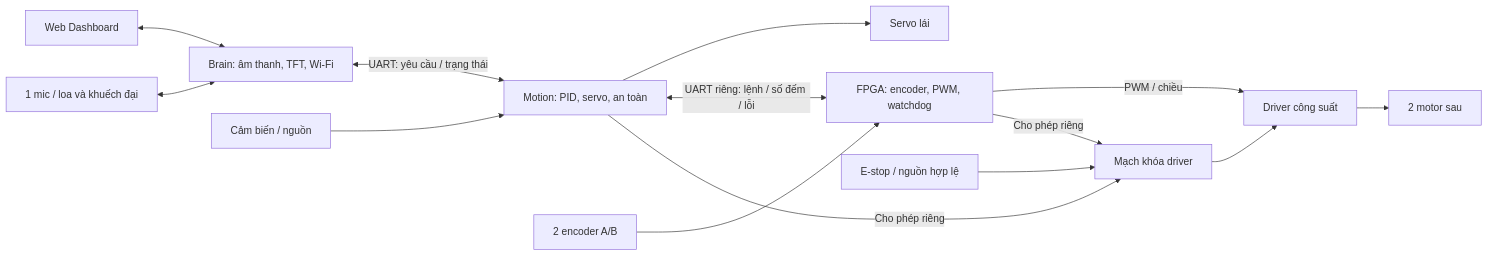
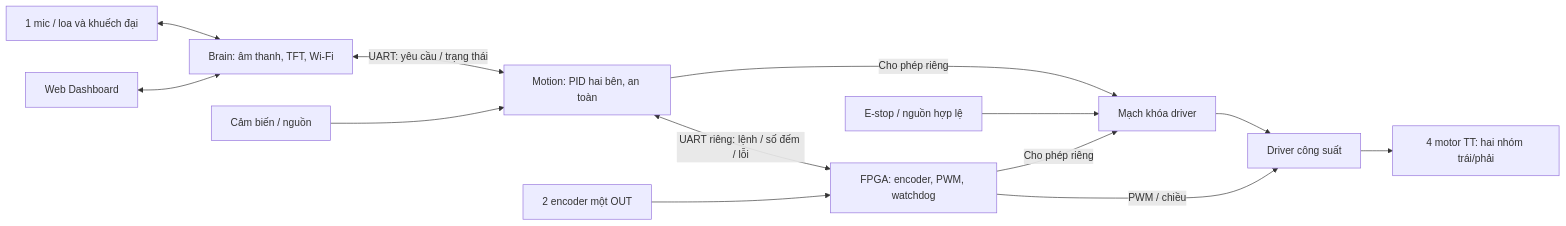
Before and after one commit to TuanDanny/AW-Car: the diagram in docs/fpga-drive-plan.md, drawn with Mermaid. The commit also changed other lines of this file and 26 other files, not shown here.

Commit message:
feat(fpga): hỗ trợ lùi, quay và encoder một OUT

````diff
--- a/docs/fpga-drive-plan.md
+++ b/docs/fpga-drive-plan.md
@@ -36,16 +39,15 @@
 ```mermaid
 flowchart LR
     Web[Web Dashboard] <--> Brain[Brain: âm thanh, TFT, Wi-Fi]
     Audio[1 mic / loa và khuếch đại] <--> Brain
-    Brain <-->|UART: yêu cầu / trạng thái| Motion[Motion: PID, servo, an toàn]
+    Brain <-->|UART: yêu cầu / trạng thái| Motion[Motion: PID hai bên, an toàn]
     Sensors[Cảm biến / nguồn] --> Motion
-    Motion --> Servo[Servo lái]
     Motion <-->|UART riêng: lệnh / số đếm / lỗi| FPGA[FPGA: encoder, PWM, watchdog]
-    Encoder[2 encoder A/B] --> FPGA
+    Encoder[2 encoder một OUT] --> FPGA
     FPGA -->|PWM / chiều| Driver[Driver công suất]
-    Driver --> Motors[2 motor sau]
+    Driver --> Motors[4 motor TT: hai nhóm trái/phải]
     Motion -->|Cho phép riêng| Gate[Mạch khóa driver]
     FPGA -->|Cho phép riêng| Gate
     Stop[E-stop / nguồn hợp lệ] --> Gate
     Gate --> Driver
 ```
````
